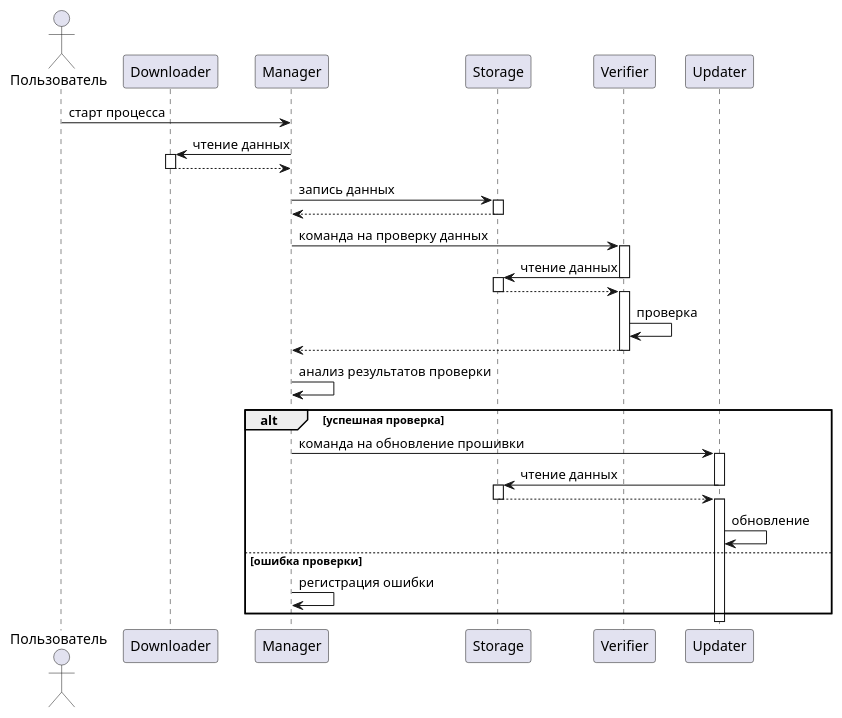
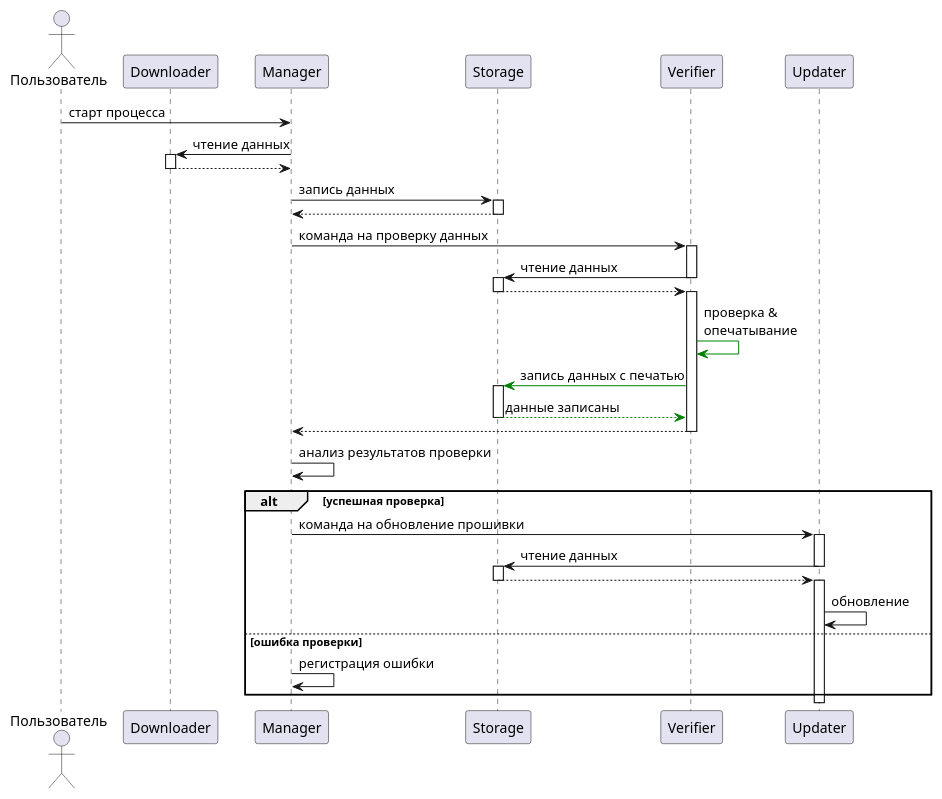
One commit to sergey-sobolev/secure-update changed the diagram in docs/report/sd.puml. Above: the diagram before and after it, drawn with PlantUML. The commit also changed 6 other files, not shown here.

```diff
--- a/docs/report/sd.puml
+++ b/docs/report/sd.puml
@@ -1,39 +1,41 @@
 @startuml
 
 actor "Пользователь" as u
 participant Downloader
 participant Manager
 participant Manager
 participant Storage
 participant Verifier
 participant Updater
 
 
 u -> Manager: старт процесса
 Manager -> Downloader++: чтение данных
 Downloader --> Manager--
 Manager -> Storage++: запись данных
 Storage --> Manager--
 Manager -> Verifier++: команда на проверку данных
 Verifier -> Storage--: чтение данных
 activate Storage
 Storage --> Verifier--
 activate Verifier
-Verifier -> Verifier: проверка
+Verifier -[#green]> Verifier: проверка &\nопечатывание
+Verifier -[#green]> Storage++: запись данных с печатью
+Storage -[#green]-> Verifier--: данные записаны
 Verifier --> Manager--
 Manager -> Manager: анализ результатов проверки
 alt успешная проверка
 Manager -> Updater++: команда на обновление прошивки
 Updater -> Storage: чтение данных
 deactivate Updater
 activate Storage
 Storage --> Updater
 deactivate Storage
 activate Updater
 Updater -> Updater: обновление
 else ошибка проверки
 Manager -> Manager: регистрация ошибки
 end
 
 
 @enduml
```
